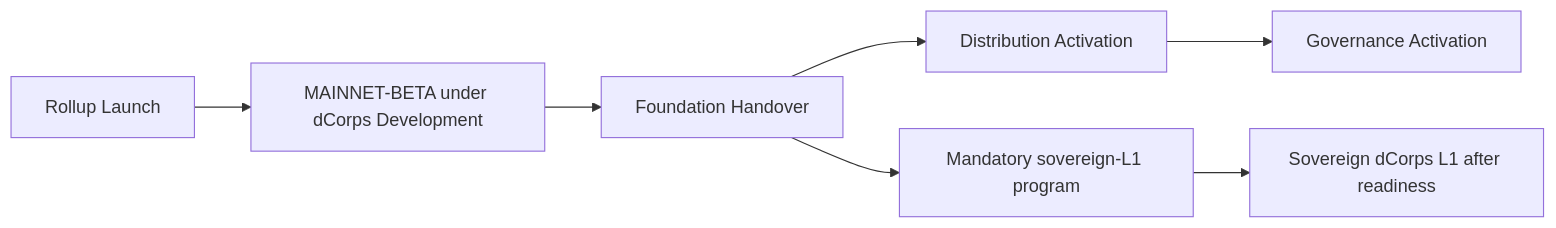
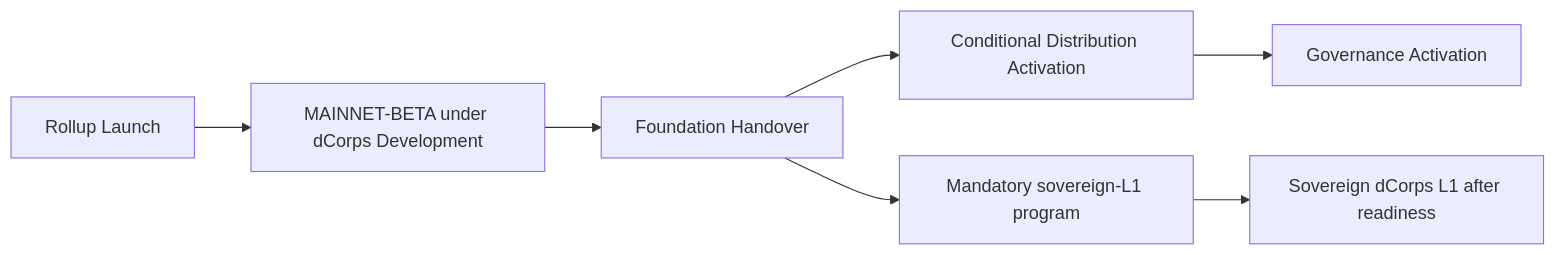
One commit to dcorps-hub/dcorps-docs-public changed the fifth of 5 diagrams in docs/whitepaper/DCORPS_BLOCKCHAIN_WHITEPAPER_V1_0.md. Above: the diagram before and after it, drawn with Mermaid. The commit also changed other lines of this file and 3 other files, not shown here.

````diff
--- a/docs/whitepaper/DCORPS_BLOCKCHAIN_WHITEPAPER_V1_0.md
+++ b/docs/whitepaper/DCORPS_BLOCKCHAIN_WHITEPAPER_V1_0.md
@@ -1253,9 +1254,9 @@
 ```mermaid
 flowchart LR
     A["Rollup Launch"] --> B["MAINNET-BETA under dCorps Development"]
     B --> C["Foundation Handover"]
-    C --> D["Distribution Activation"]
+    C --> D["Conditional Distribution Activation"]
     D --> E["Governance Activation"]
     C --> F["Mandatory sovereign-L1 program"]
     F --> G["Sovereign dCorps L1 after readiness"]
 ```
````
